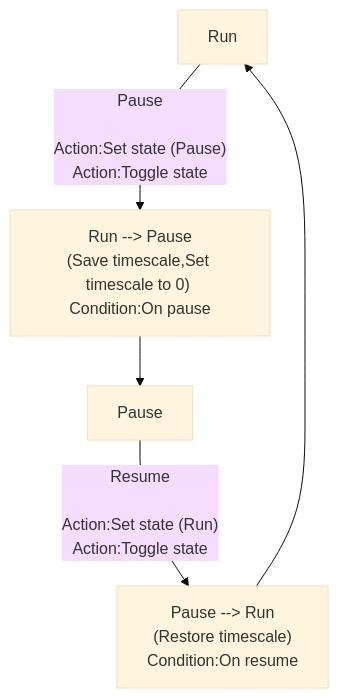
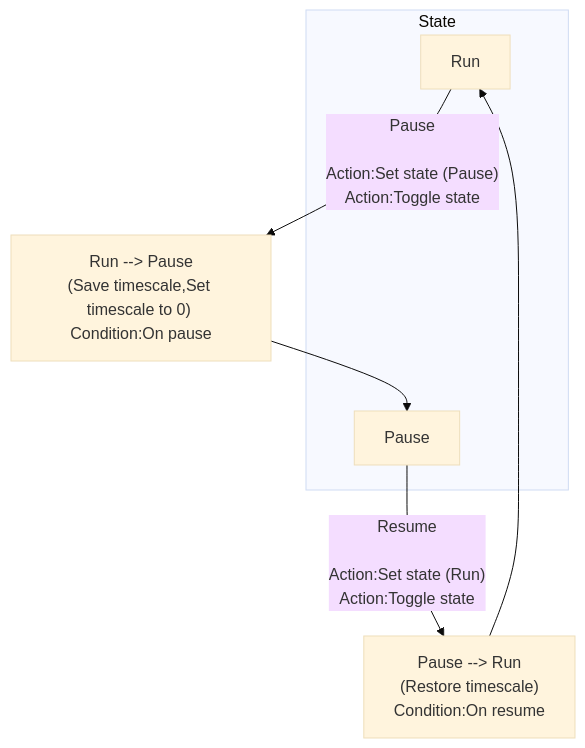
One commit to Jayed2016/C3RexDoc changed the diagram in plugins.md/rex_pause.md. Above: the diagram before and after it, drawn with Mermaid (base theme). The commit also changed 5 other files, not shown here.

````diff
--- a/plugins.md/rex_pause.md
+++ b/plugins.md/rex_pause.md
@@ -24,8 +24,16 @@
 ```mermaid
 graph TB
 
 StateRun["Run"] --> |"Pause<br> <br>Action:Set state (Pause)<br>Action:Toggle state"| TransitionRun2Pause["Run --> Pause<br>(Save timescale,Set timescale to 0) <br>Condition:On pause"]
 TransitionRun2Pause --> StatePause["Pause"]
 StatePause --> |"Resume<br> <br>Action:Set state (Run)<br>Action:Toggle state"| TransitionPause2Run["Pause --> Run<br>(Restore timescale)<br>Condition:On resume"]
 TransitionPause2Run --> StateRun
+
+subgraph State
+StateRun
+end
+
+subgraph State
+StatePause
+end
 ```
````
